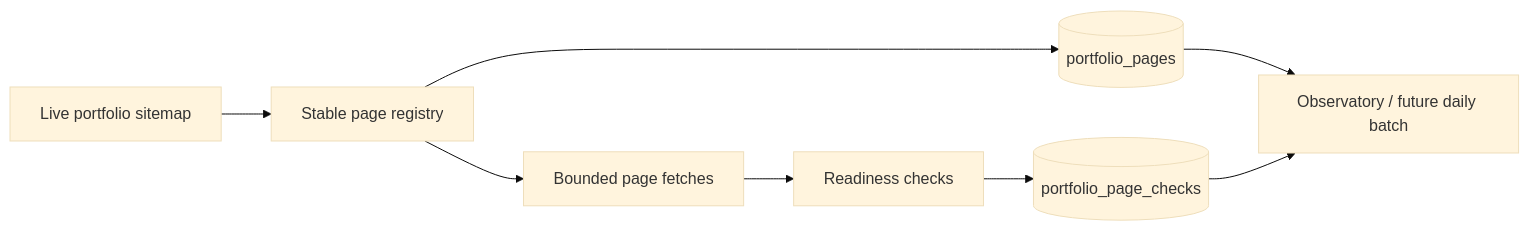
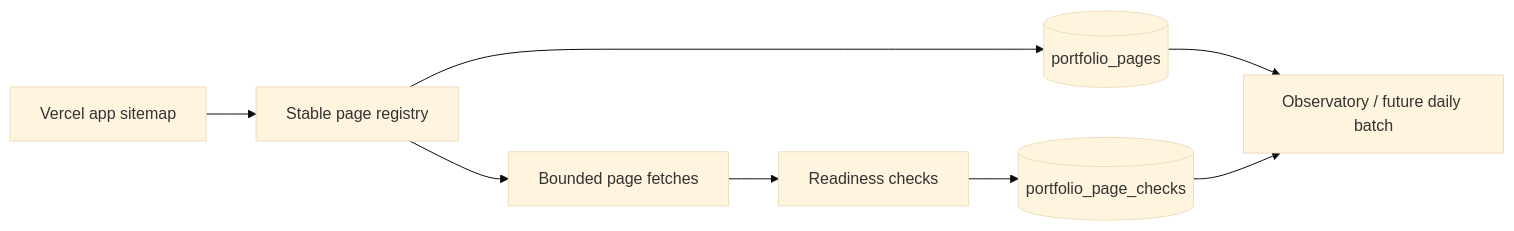
The diagram in docs/operations/portfolio-baseline.md (stephenmantle75-lang/AEO-LOOP), drawn with Mermaid (base theme) before and after one commit. The commit also changed other lines of this file and 7 other files, not shown here.

First line of the commit message:
fix: isolate AEO targets on Vercel app

````diff
--- a/docs/operations/portfolio-baseline.md
+++ b/docs/operations/portfolio-baseline.md
@@ -8,10 +9,10 @@
 ```mermaid
 flowchart LR
-  S[Live portfolio sitemap] --> R[Stable page registry]
+  S[Vercel app sitemap] --> R[Stable page registry]
   R --> F[Bounded page fetches]
   F --> C[Readiness checks]
   R --> P[(portfolio_pages)]
   C --> Q[(portfolio_page_checks)]
   P --> O[Observatory / future daily batch]
   Q --> O
 ```
````
